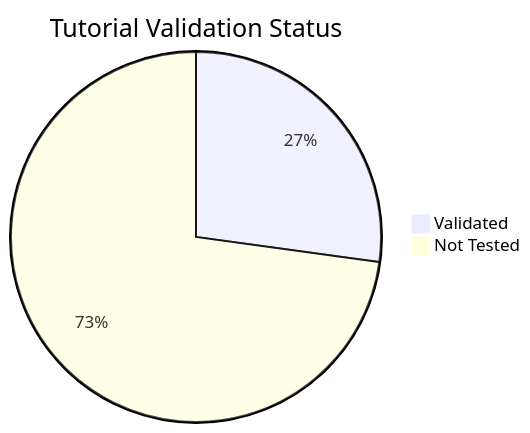
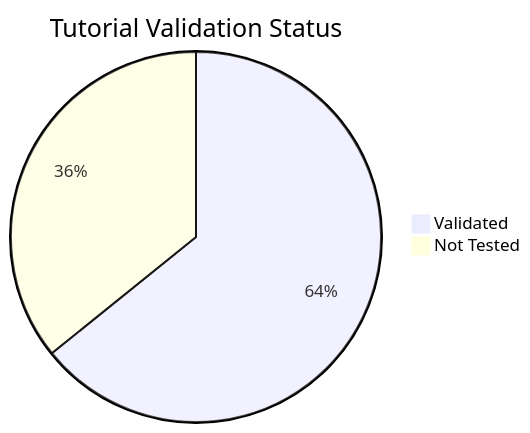
One commit to yeongseon/azure-container-apps-practical-guide changed the diagram in docs/reference/validation-status.md. Above: the diagram before and after it, drawn with Mermaid. The commit also changed other lines of this file and 30 other files, not shown here.

````diff
--- a/docs/reference/validation-status.md
+++ b/docs/reference/validation-status.md
@@ -35,5 +35,5 @@
 ```mermaid
 pie title Tutorial Validation Status
-    "Validated" : 22
-    "Not Tested" : 59
+    "Validated" : 52
+    "Not Tested" : 29
 ```
````
